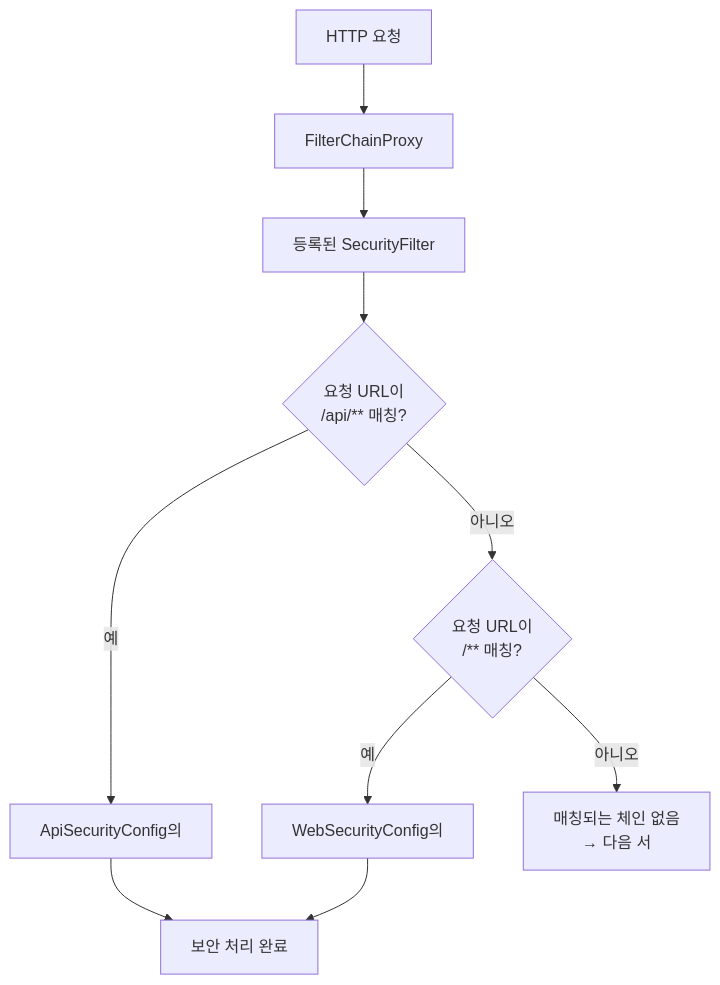
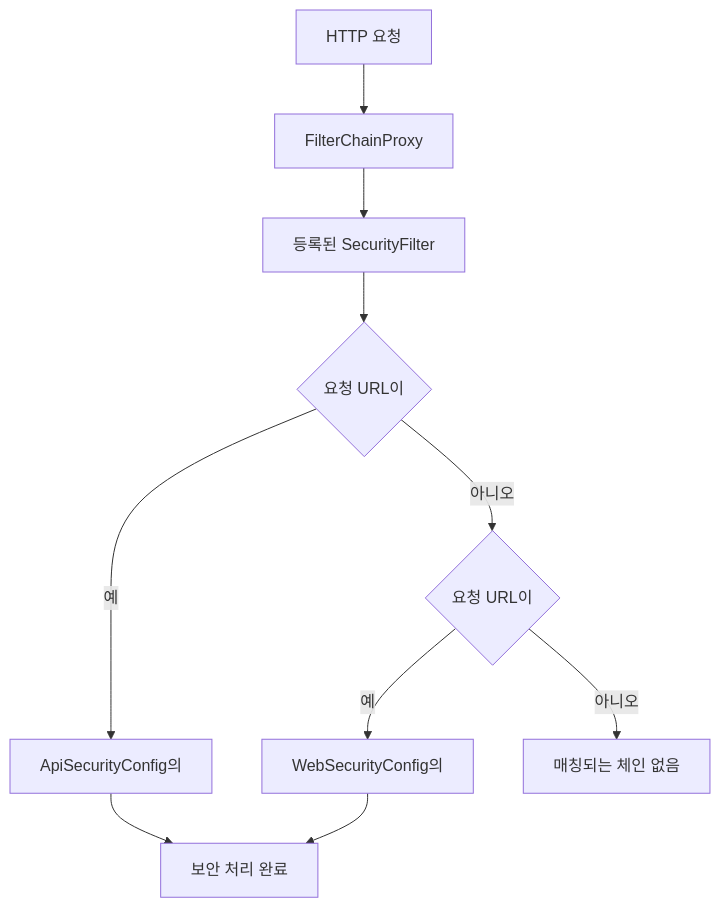
The third of 3 diagrams in _posts/security/2021-05-19-DelegatingFilterProxy.md (yjkim2015/yjkim2015.github.io), drawn with Mermaid before and after one commit. The commit also changed other lines of this file and 217 other files, not shown here.

First line of the commit message:
Mermaid 크기 수정: useMaxWidth:true + SVG max-width:100% + 라벨 축소

````diff
--- a/_posts/security/2021-05-19-DelegatingFilterProxy.md
+++ b/_posts/security/2021-05-19-DelegatingFilterProxy.md
@@ -95,12 +95,12 @@
 ```mermaid
 flowchart TD
     A["HTTP 요청"] --> B["FilterChainProxy"]
     B --> C["등록된 SecurityFilter"]
-    C --> D{"요청 URL이\n/api/** 매칭?"}
+    C --> D{"요청 URL이"}
     D -- "예" --> E["ApiSecurityConfig의"]
-    D -- "아니오" --> F{"요청 URL이\n/** 매칭?"}
+    D -- "아니오" --> F{"요청 URL이"}
     F -- "예" --> G["WebSecurityConfig의"]
-    F -- "아니오" --> H["매칭되는 체인 없음\n→ 다음 서"]
+    F -- "아니오" --> H["매칭되는 체인 없음"]
     E --> I["보안 처리 완료"]
     G --> I
 ```
````
